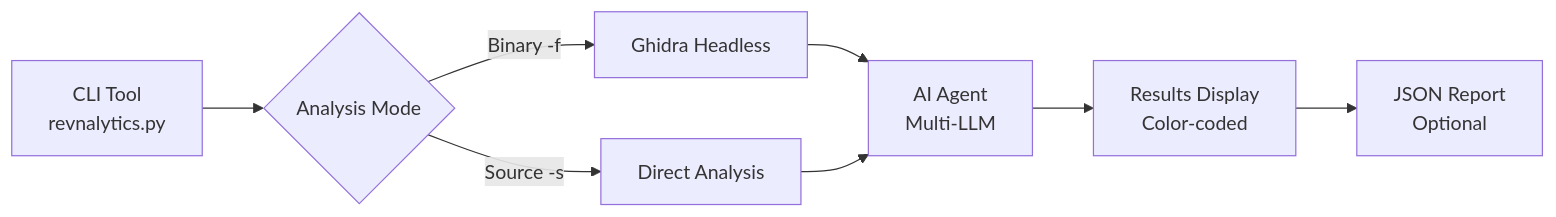
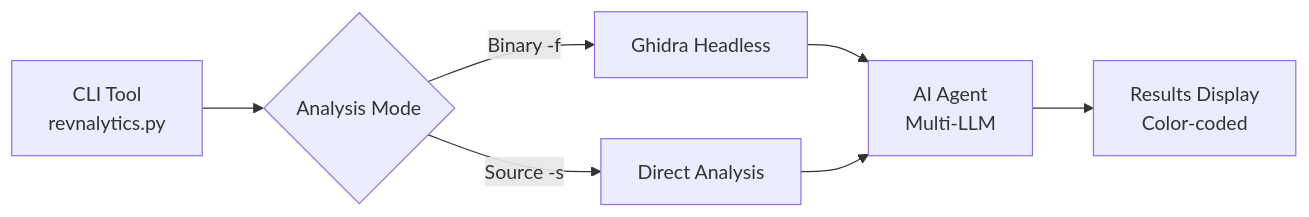
One commit to Vatsallavari/REVNALYTICS changed the diagram in README.md. Above: the diagram before and after it, drawn with Mermaid.

Commit message:
Update architecture diagram in README
Removed optional JSON report from the architecture diagram.

````diff
--- a/README.md
+++ b/README.md
@@ -41,10 +41,9 @@
 ```mermaid
 flowchart LR
     A[CLI Tool<br/>revnalytics.py] --> B{Analysis Mode}
     B -->|Binary -f| C[Ghidra Headless]
     B -->|Source -s| D[Direct Analysis]
     C --> E[AI Agent<br/>Multi-LLM]
     D --> E
     E --> F[Results Display<br/>Color-coded]
-    F --> G[JSON Report<br/>Optional]
 ```
````
